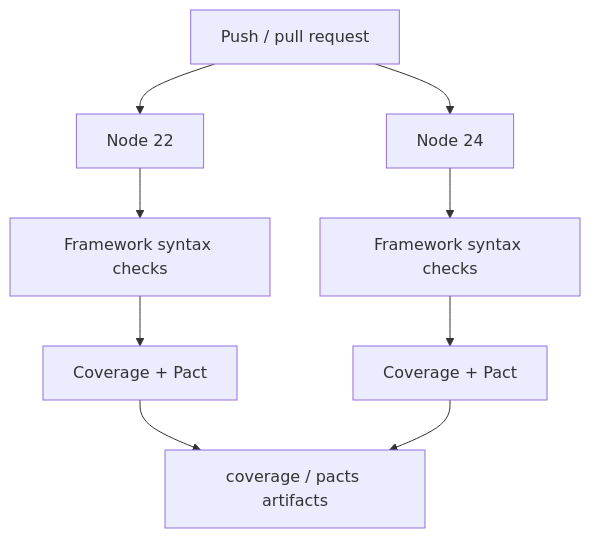
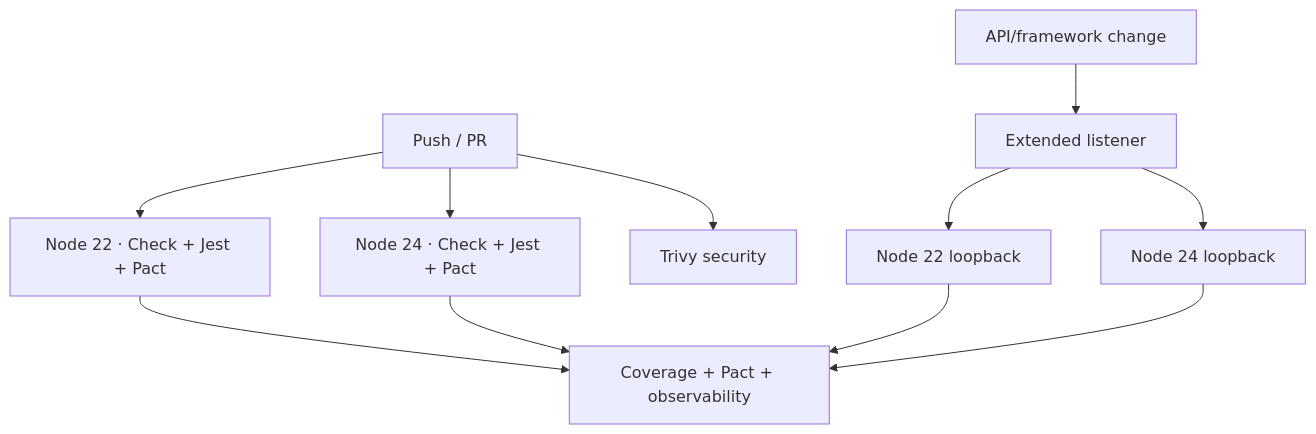
One commit to portyu9/qa-automation-node-supertest changed the third of 3 diagrams in README.md. Above: the diagram before and after it, drawn with Mermaid. The commit also changed other lines of this file and 6 other files, not shown here.

````diff
--- a/README.md
+++ b/README.md
@@ -201,11 +239,13 @@
 ```mermaid
 flowchart TD
-    PR[Push / pull request] --> N22[Node 22]
-    PR --> N24[Node 24]
-    N22 --> CHECK[Framework syntax checks]
-    N24 --> CHECK2[Framework syntax checks]
-    CHECK --> TEST[Coverage + Pact]
-    CHECK2 --> TEST2[Coverage + Pact]
-    TEST --> ART[coverage / pacts artifacts]
-    TEST2 --> ART
+    PR[Push / PR] --> N22[Node 22 · Check + Jest + Pact]
+    PR --> N24[Node 24 · Check + Jest + Pact]
+    PR --> SEC[Trivy security]
+    APICHANGE[API/framework change] --> EXT[Extended listener]
+    EXT --> L22[Node 22 loopback]
+    EXT --> L24[Node 24 loopback]
+    N22 --> EV[Coverage + Pact + observability]
+    N24 --> EV
+    L22 --> EV
+    L24 --> EV
 ```
````
